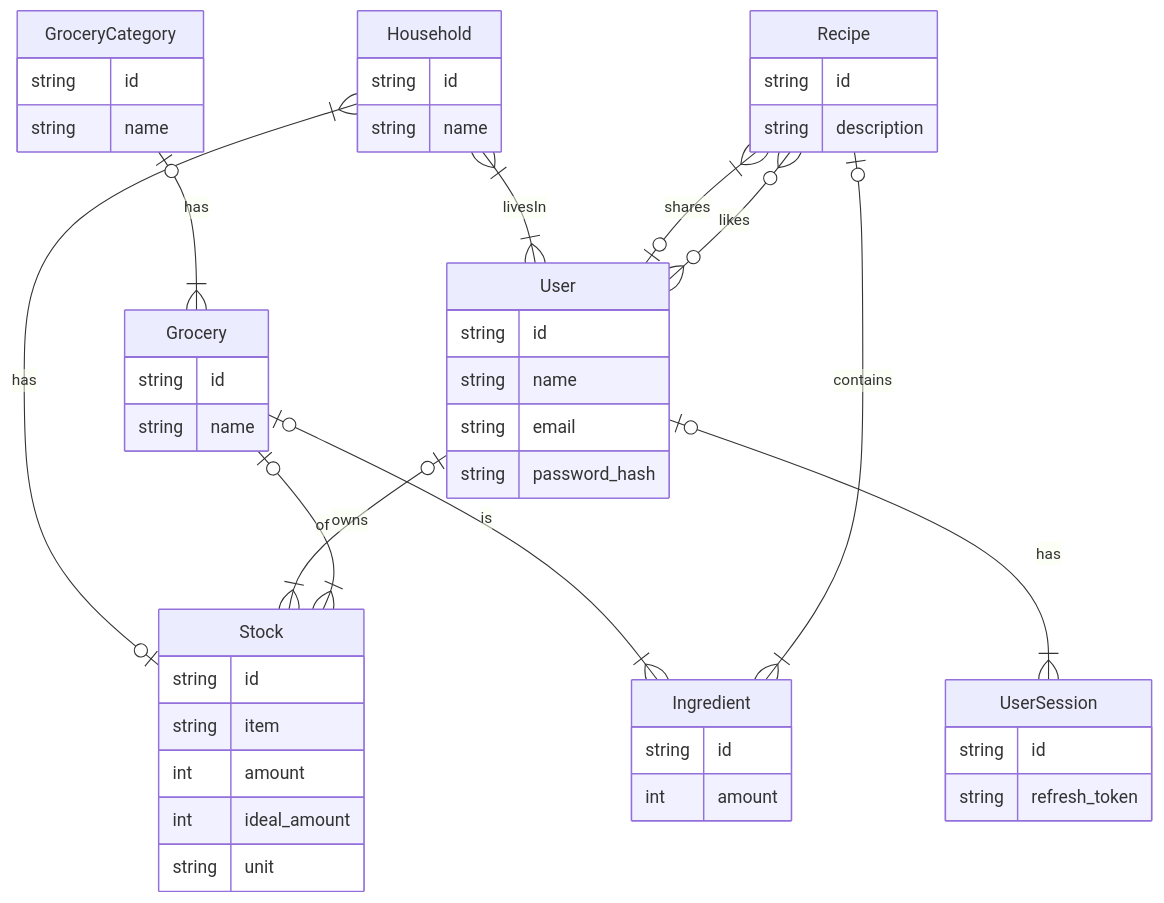
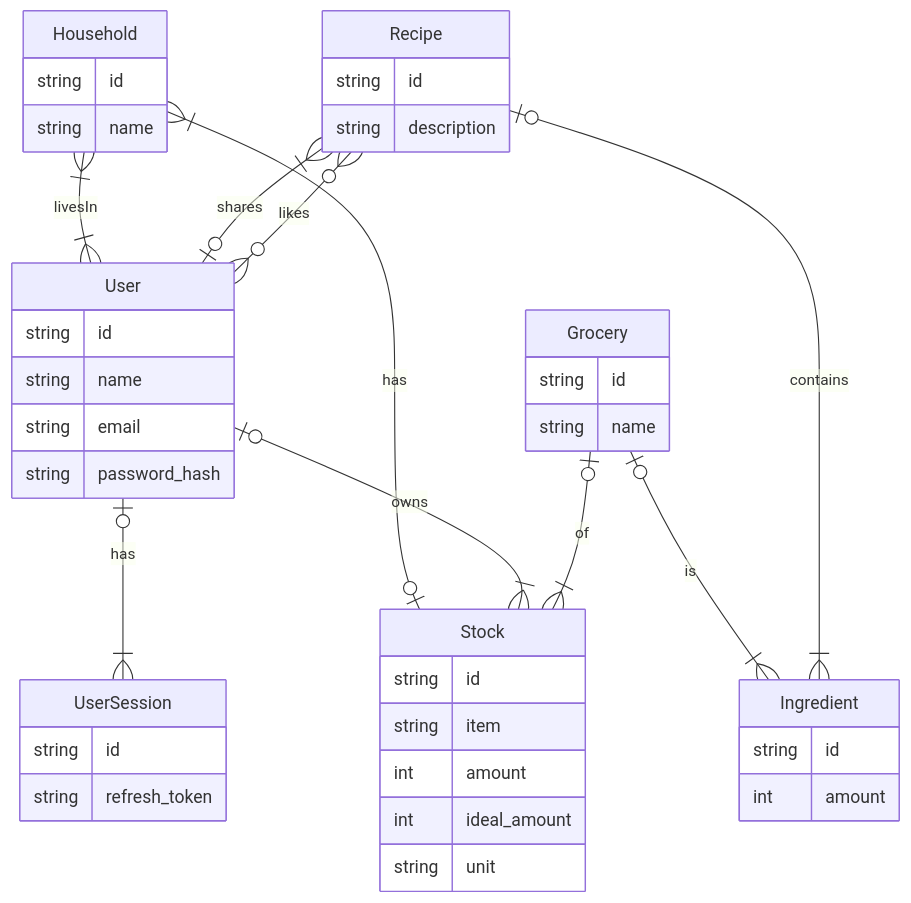
One commit to danielplan/wastend changed the diagram in docs/er-diagram.md. Above: the diagram before and after it, drawn with Mermaid. The commit also changed 8 other files, not shown here.

````diff
--- a/docs/er-diagram.md
+++ b/docs/er-diagram.md
@@ -5,50 +5,45 @@
 ```mermaid
 erDiagram
     User {
         string id
         string name
         string email
         string password_hash
     }
     Grocery {
-        string id
-        string name
-    }
-    GroceryCategory {
         string id
         string name
     }
     Stock {
         string id
         string item
         int amount
         int ideal_amount
         string unit
     }
     Household {
         string id
         string name
     }
     Ingredient {
         string id
         int amount
     }
     Recipe {
         string id
         string description
     }
     UserSession {
         string id
         string refresh_token
     }
     Household }|--|{ User : livesIn
     Household }|--|o Stock : has
     Recipe }|--|o User : shares
-    GroceryCategory o|--|{ Grocery : has
     User o|--|{ UserSession : has
     User o|--|{ Stock : owns
     Grocery o|--|{ Stock : of
     Grocery o|--|{ Ingredient : is
     Recipe o|--|{ Ingredient : contains
     Recipe o{--}o User : likes
 ```
````
